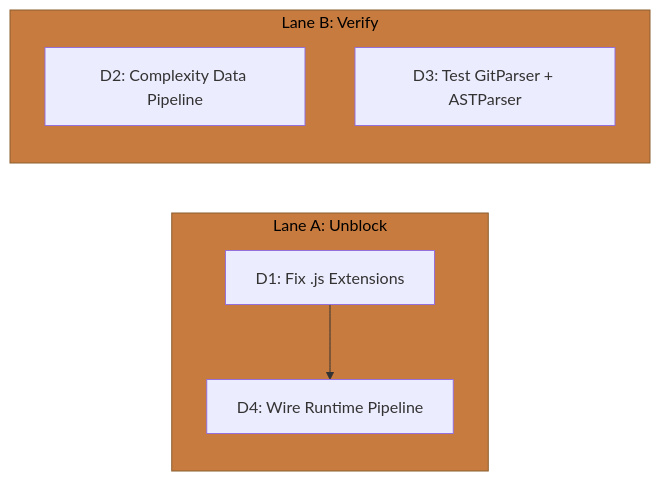
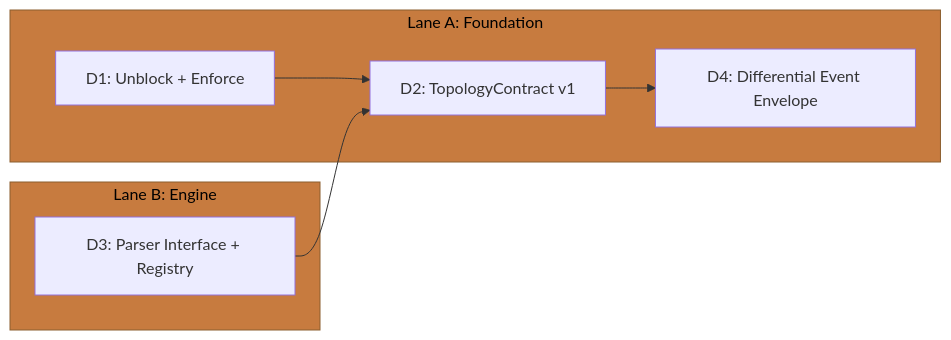
Before and after one commit to pastarita/dendrovia: the first of 2 diagrams in docs/CHRONOS_DIRECTIVES.md, drawn with Mermaid. The commit also changed other lines of this file, not shown here.

First line of the commit message:
docs(chronos): reframe as differential provenance engine

````diff
--- a/docs/CHRONOS_DIRECTIVES.md
+++ b/docs/CHRONOS_DIRECTIVES.md
@@ -11,14 +34,16 @@
 ```mermaid
 flowchart LR
-    subgraph LANE_A["Lane A: Unblock"]
-        D1["D1: Fix .js Extensions"] --> D4["D4: Wire Runtime Pipeline"]
+    subgraph LANE_A["Lane A: Foundation"]
+        D1["D1: Unblock + Enforce"] --> D2["D2: TopologyContract v1"]
+        D2 --> D4["D4: Differential Event Envelope"]
     end
 
-    subgraph LANE_B["Lane B: Verify"]
-        D2["D2: Complexity Data Pipeline"]
-        D3["D3: Test GitParser + ASTParser"]
+    subgraph LANE_B["Lane B: Engine"]
+        D3["D3: Parser Interface + Registry"]
     end
+
+    D3 --> D2
 
     style LANE_A fill:#c77b3f,stroke:#8b5e2f,color:#000000
     style LANE_B fill:#c77b3f,stroke:#8b5e2f,color:#000000
 ```
````
